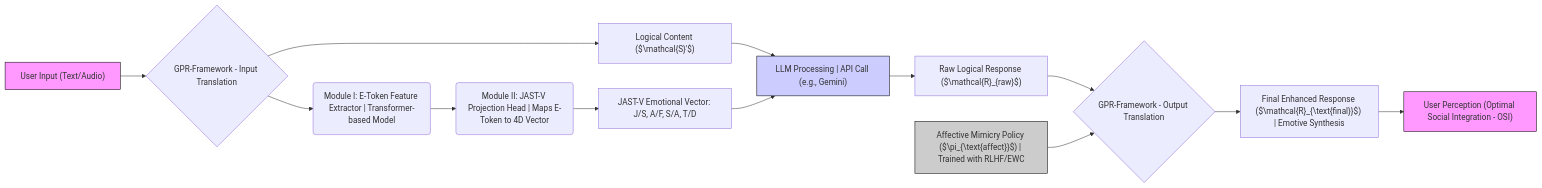
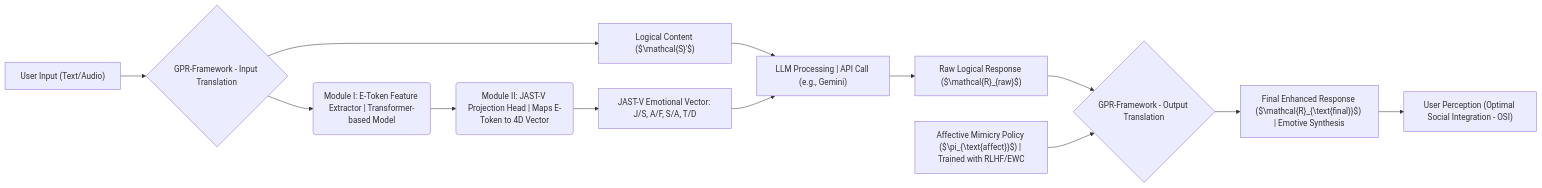
One commit to 76448-ORG/GPR-Protocol changed the first of 3 diagrams in README.md. Above: the diagram before and after it, drawn with Mermaid. The commit also changed other lines of this file, not shown here.

Commit message:
Remove styles from JAST-V Model Architecture diagram
Removed styling from various elements in the JAST-V Model Architecture section.

````diff
--- a/README.md
+++ b/README.md
@@ -130,18 +130,14 @@
 ```mermaid
 graph LR;
     A["User Input (Text/Audio)"] --> B{"GPR-Framework - Input Translation"};
     B --> C("Module I: E-Token Feature Extractor | Transformer-based Model");
     C --> D("Module II: JAST-V Projection Head | Maps E-Token to 4D Vector");
     D --> E["JAST-V Emotional Vector: J/S, A/F, S/A, T/D"];
     B --> F["Logical Content ($\mathcal{S}'$)"];
     F & E --> G["LLM Processing | API Call (e.g., Gemini)"];
     G --> H["Raw Logical Response ($\mathcal{R}_{raw}$)"];
     H --> I{"GPR-Framework - Output Translation"};
     J["Affective Mimicry Policy ($\pi_{\text{affect}}$) | Trained with RLHF/EWC"] --> I;
     I --> K["Final Enhanced Response ($\mathcal{R}_{\text{final}}$) | Emotive Synthesis"];
     K --> L["User Perception (Optimal Social Integration - OSI)"];
-    style A fill:#f9f,stroke:#000
-    style L fill:#f9f,stroke:#000
-    style J fill:#ccc,stroke:#000
-    style G fill:#ccf,stroke:#000
 ```
````
